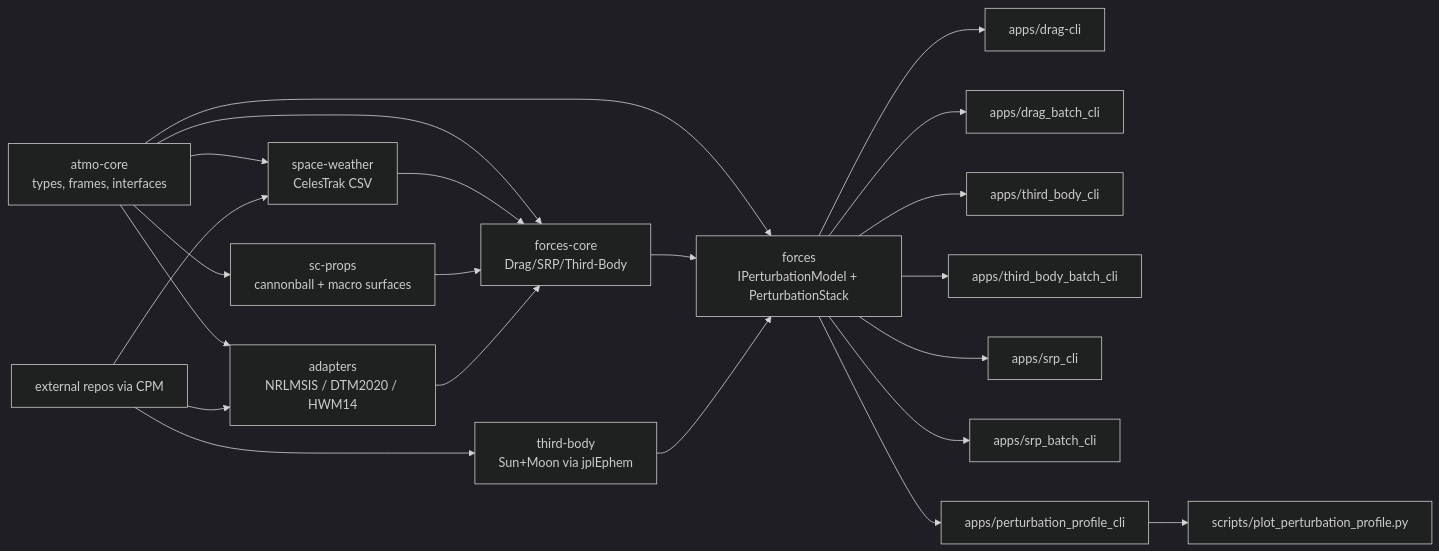
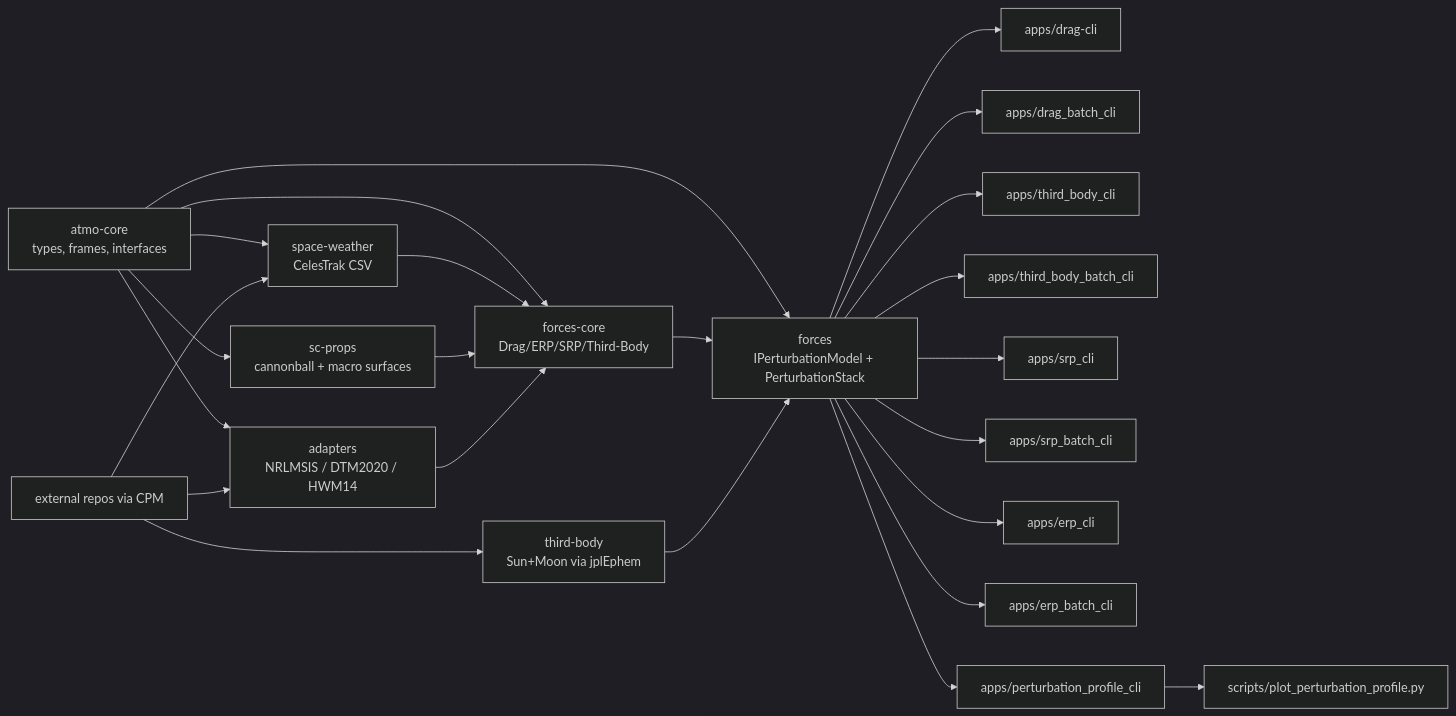
One commit to watsonryan/astroforces changed the diagram in README.md. Above: the diagram before and after it, drawn with Mermaid (dark theme). The commit also changed other lines of this file and 15 other files, not shown here.

````diff
--- a/README.md
+++ b/README.md
@@ -6,24 +6,26 @@
 ```mermaid
 flowchart LR
   A[atmo-core<br/>types, frames, interfaces] --> B[space-weather<br/>CelesTrak CSV]
   A --> C[sc-props<br/>cannonball + macro surfaces]
   A --> D[adapters<br/>NRLMSIS / DTM2020 / HWM14]
-  A --> E[forces-core<br/>Drag/SRP/Third-Body]
+  A --> E[forces-core<br/>Drag/ERP/SRP/Third-Body]
   A --> F[forces<br/>IPerturbationModel + PerturbationStack]
   B --> E
   C --> E
   D --> E
   E --> F
   T[third-body<br/>Sun+Moon via jplEphem] --> F
   F --> G[apps/drag-cli]
   F --> H[apps/drag_batch_cli]
   F --> X[apps/third_body_cli]
   F --> Y[apps/third_body_batch_cli]
   F --> S[apps/srp_cli]
   F --> U[apps/srp_batch_cli]
+  F --> R[apps/erp_cli]
+  F --> V[apps/erp_batch_cli]
   F --> P[apps/perturbation_profile_cli]
   P --> Q[scripts/plot_perturbation_profile.py]
   I[external repos via CPM] --> D
   I --> T
   I --> B
 ```
````
